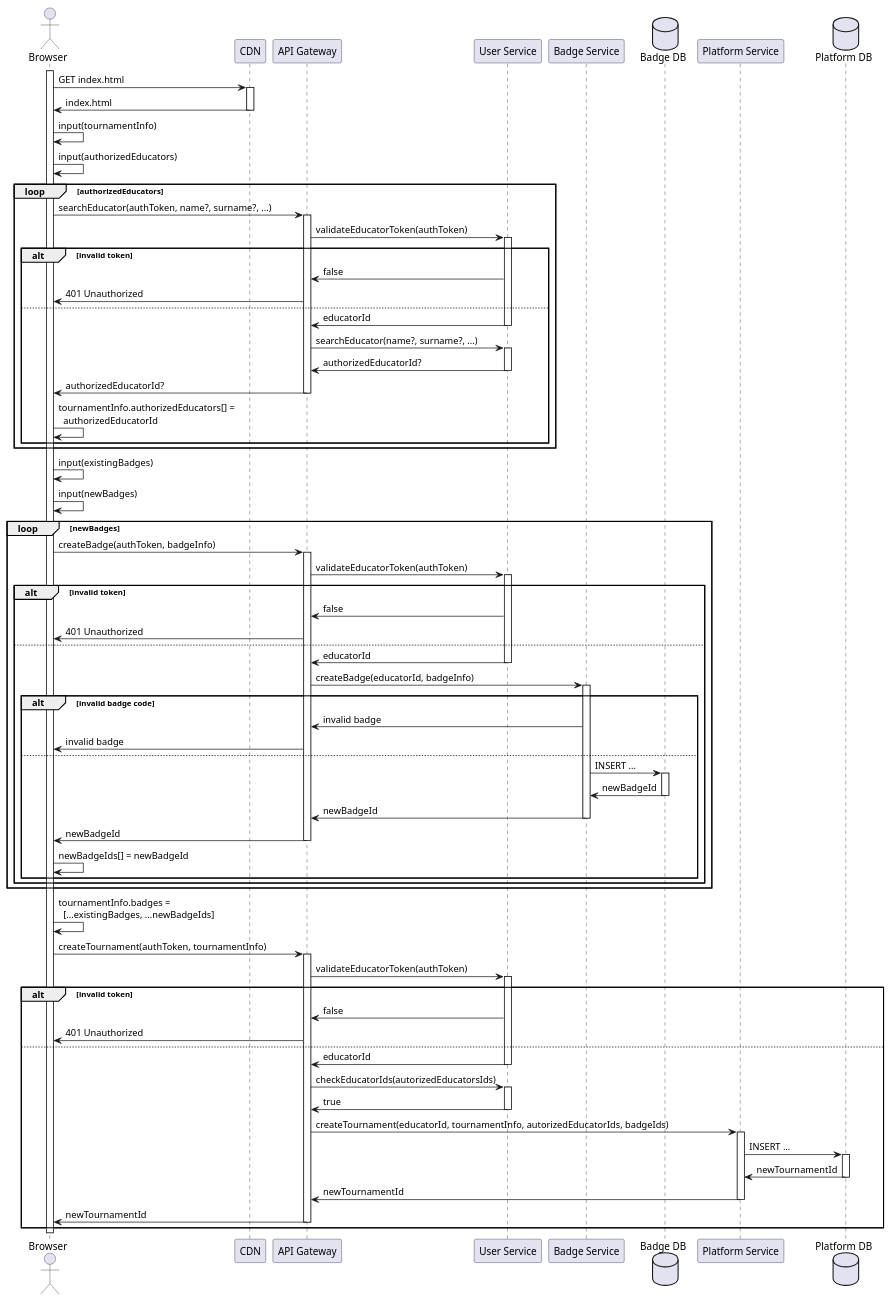
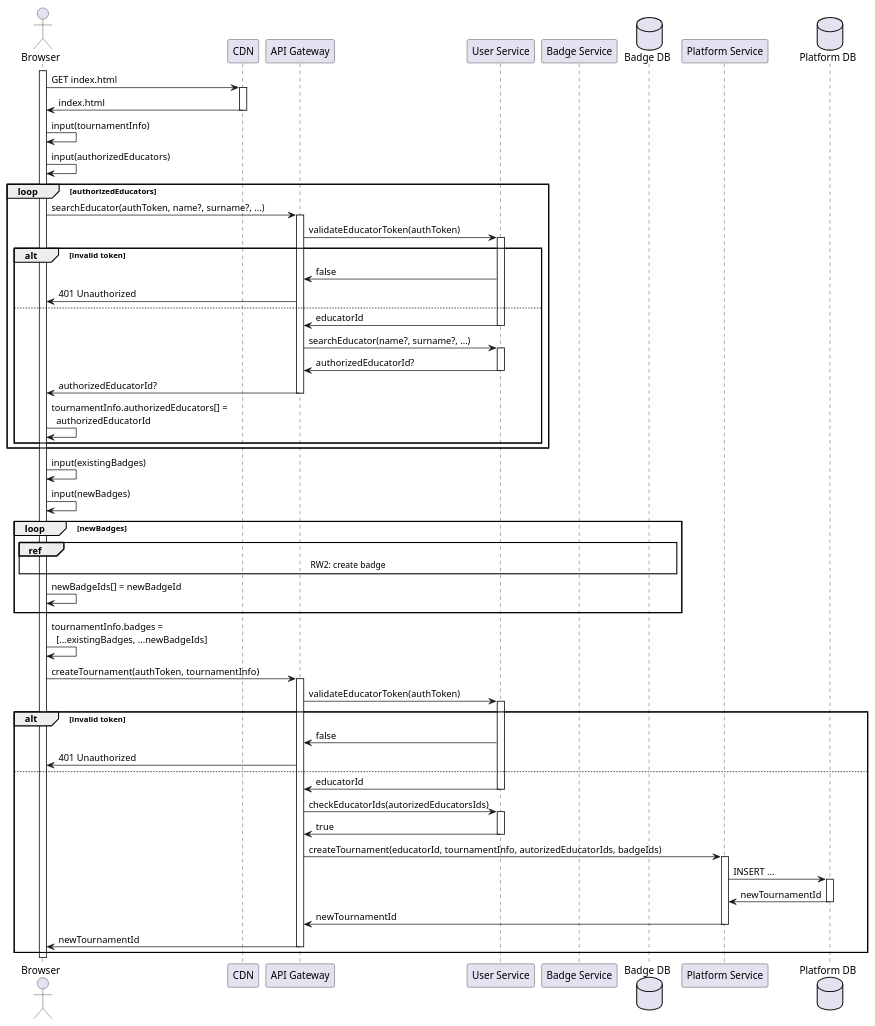
Before and after one commit to Furrrlo/CodeKataBattle: the diagram in dd/puml/rw1.puml, drawn with PlantUML. The commit also changed 2 other files, not shown here.

```diff
--- a/dd/puml/rw1.puml
+++ b/dd/puml/rw1.puml
@@ -1,80 +1,64 @@
 @startuml RW1 - Educator creates a new Tournament
 
 actor Browser
 participant CDN
 participant "API Gateway" as gateway
 participant "User Service" as auth
 participant "Badge Service" as badges
 database "Badge DB" as badgesDb
 participant "Platform Service" as platform
 database "Platform DB" as platformDb
 
 activate Browser
 Browser -> CDN ++ : GET index.html
 Browser <- CDN -- : index.html
 
 Browser -> Browser : input(tournamentInfo)
 Browser -> Browser : input(authorizedEducators)
 
 loop authorizedEducators
     Browser -> gateway ++ : searchEducator(authToken, name?, surname?, ...)
     gateway -> auth ++ : validateEducatorToken(authToken)
     alt invalid token
         gateway <- auth : false
         Browser <- gateway : 401 Unauthorized
     else
         gateway <- auth -- : educatorId
         gateway -> auth ++ : searchEducator(name?, surname?, ...)
         gateway <- auth -- : authorizedEducatorId?
         Browser <- gateway -- : authorizedEducatorId?
         Browser -> Browser : tournamentInfo.authorizedEducators[] =\n  authorizedEducatorId
     end
 end
 
 Browser -> Browser : input(existingBadges)
 Browser -> Browser : input(newBadges)
 
 loop newBadges
-    Browser -> gateway ++ : createBadge(authToken, badgeInfo)
-    gateway -> auth ++ : validateEducatorToken(authToken)
-    alt invalid token
-        gateway <- auth : false
-        Browser <- gateway : 401 Unauthorized
-    else
-        gateway <- auth -- : educatorId
-        gateway -> badges ++ : createBadge(educatorId, badgeInfo)
-
-        alt invalid badge code
-            gateway <- badges : invalid badge
-            Browser <- gateway : invalid badge
-        else
-            badges -> badgesDb ++ : INSERT ...
-            badges <- badgesDb -- : newBadgeId
-            gateway <- badges -- : newBadgeId
-            Browser <- gateway -- : newBadgeId
+    ||10||
+    ref over Browser, gateway, auth, badges, badgesDb: RW2: create badge
             Browser -> Browser : newBadgeIds[] = newBadgeId
-        end
-    end
+    ||5||
 end
 
 Browser -> Browser : tournamentInfo.badges =\n  [...existingBadges, ...newBadgeIds]
 Browser -> gateway ++ : createTournament(authToken, tournamentInfo)
 
 gateway -> auth ++ : validateEducatorToken(authToken)
 alt invalid token
     gateway <- auth : false
     Browser <- gateway : 401 Unauthorized
 else
     gateway <- auth -- : educatorId
     gateway -> auth ++ : checkEducatorIds(autorizedEducatorsIds)
     gateway <- auth -- : true
     gateway -> platform ++ : createTournament(educatorId, tournamentInfo, autorizedEducatorIds, badgeIds)
     platform -> platformDb ++ : INSERT ...
     platform <- platformDb -- : newTournamentId
     gateway <- platform -- : newTournamentId
     Browser <- gateway -- : newTournamentId
 end
 
 deactivate Browser
 
 @enduml
```
